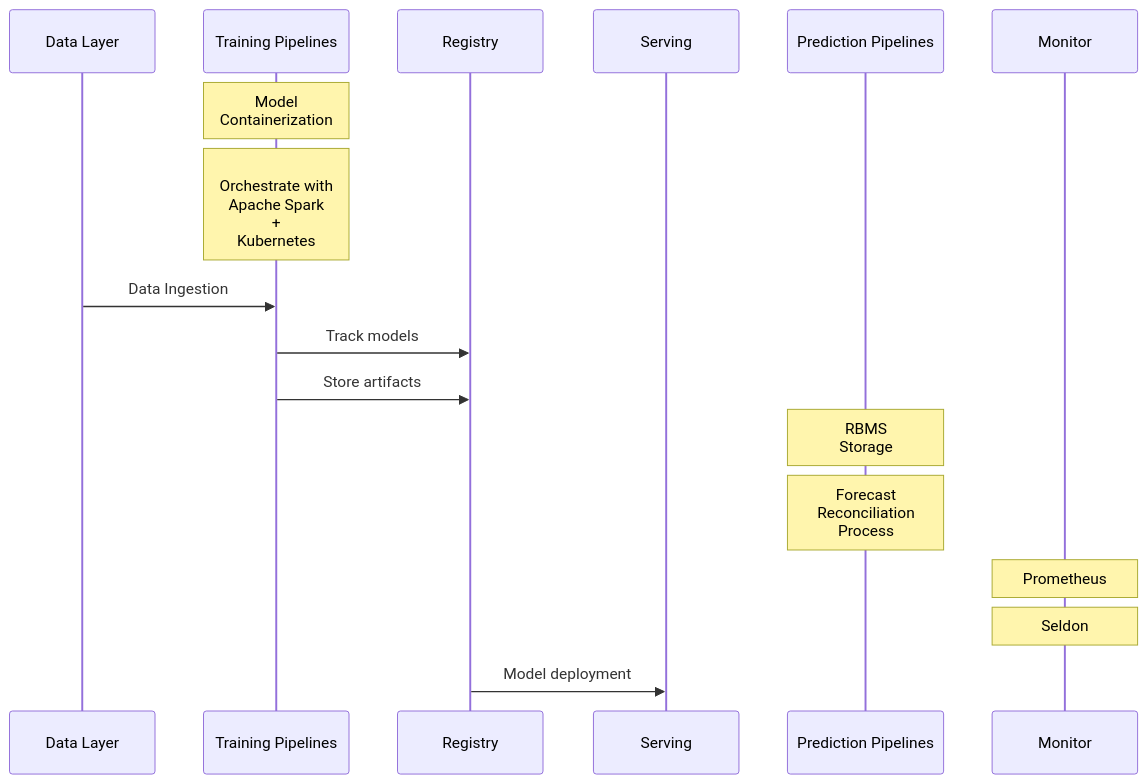
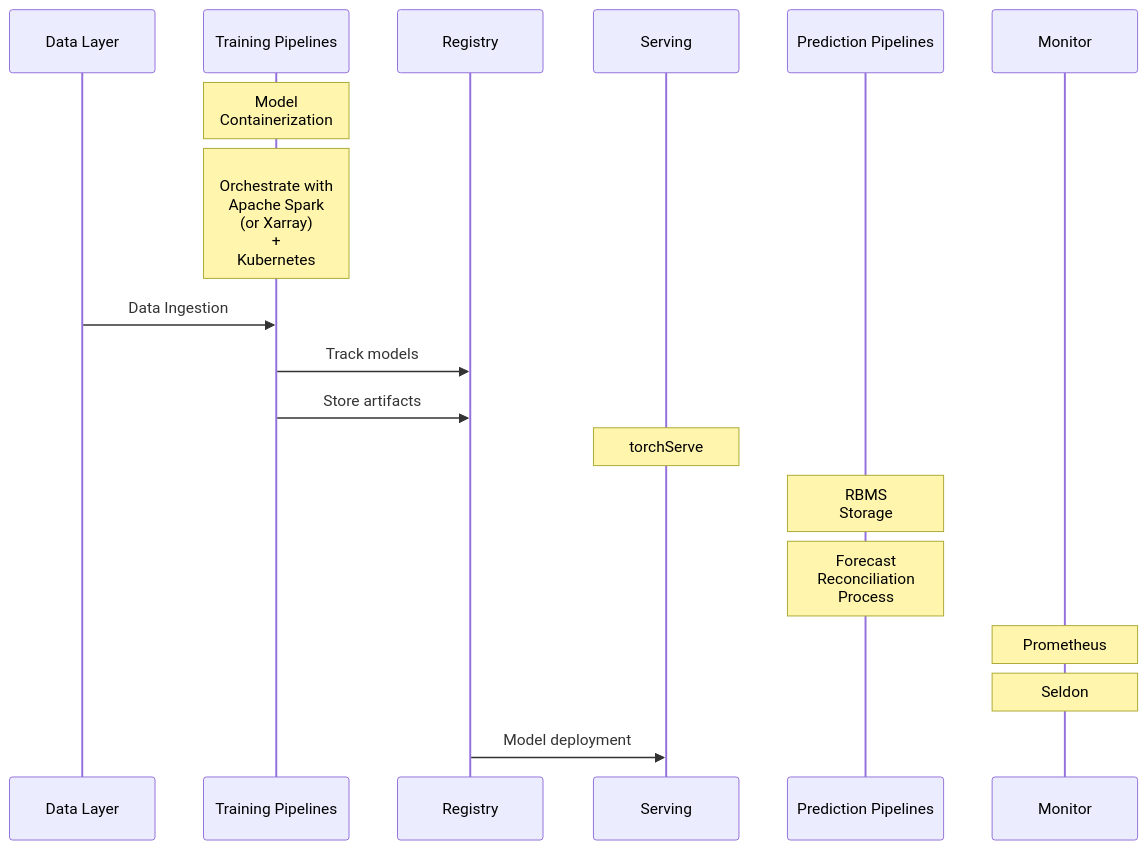
One commit to nshahpazov/cash-inflow changed the second of 2 diagrams in next-steps.md. Above: the diagram before and after it, drawn with Mermaid. The commit also changed 13 other files, not shown here.

````diff
--- a/next-steps.md
+++ b/next-steps.md
@@ -56,22 +56,23 @@
 ```mermaid
 sequenceDiagram
     participant Data Layer
     participant Training Pipelines
     participant Registry
     Note over Training Pipelines: Model <br>Containerization
-    Note over Training Pipelines:  <br/>Orchestrate with <br> Apache Spark <br> + <br> Kubernetes 
+    Note over Training Pipelines:  <br/>Orchestrate with <br> Apache Spark <br> (or Xarray) <br> + <br> Kubernetes 
     Data Layer->>Training Pipelines: Data Ingestion
     Training Pipelines->>Registry: Track models
     Training Pipelines->>Registry: Store artifacts
      
     participant Serving
+    Note over Serving: torchServe
     participant Prediction Pipelines
     Note over Prediction Pipelines: RBMS <br>Storage
     Note over Prediction Pipelines: Forecast <br>Reconciliation<br> Process
 
 
     participant Monitor
     Note over Monitor: Prometheus
     Note over Monitor: Seldon
     Registry->>Serving: Model deployment
 ```
````
